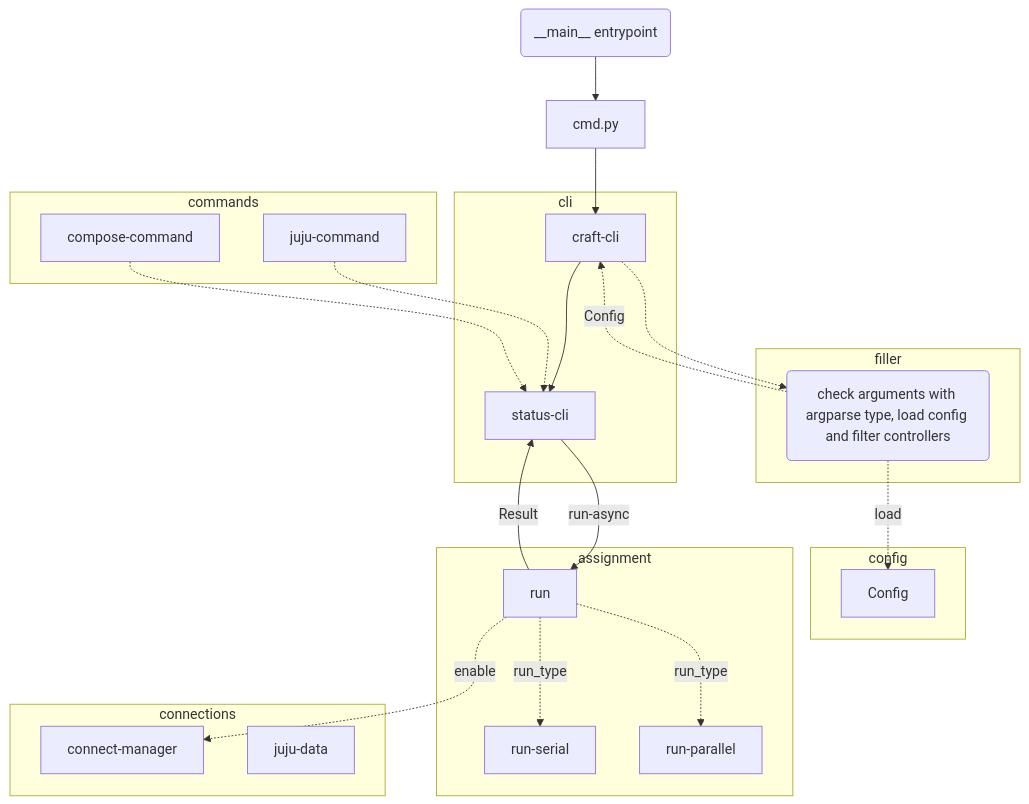
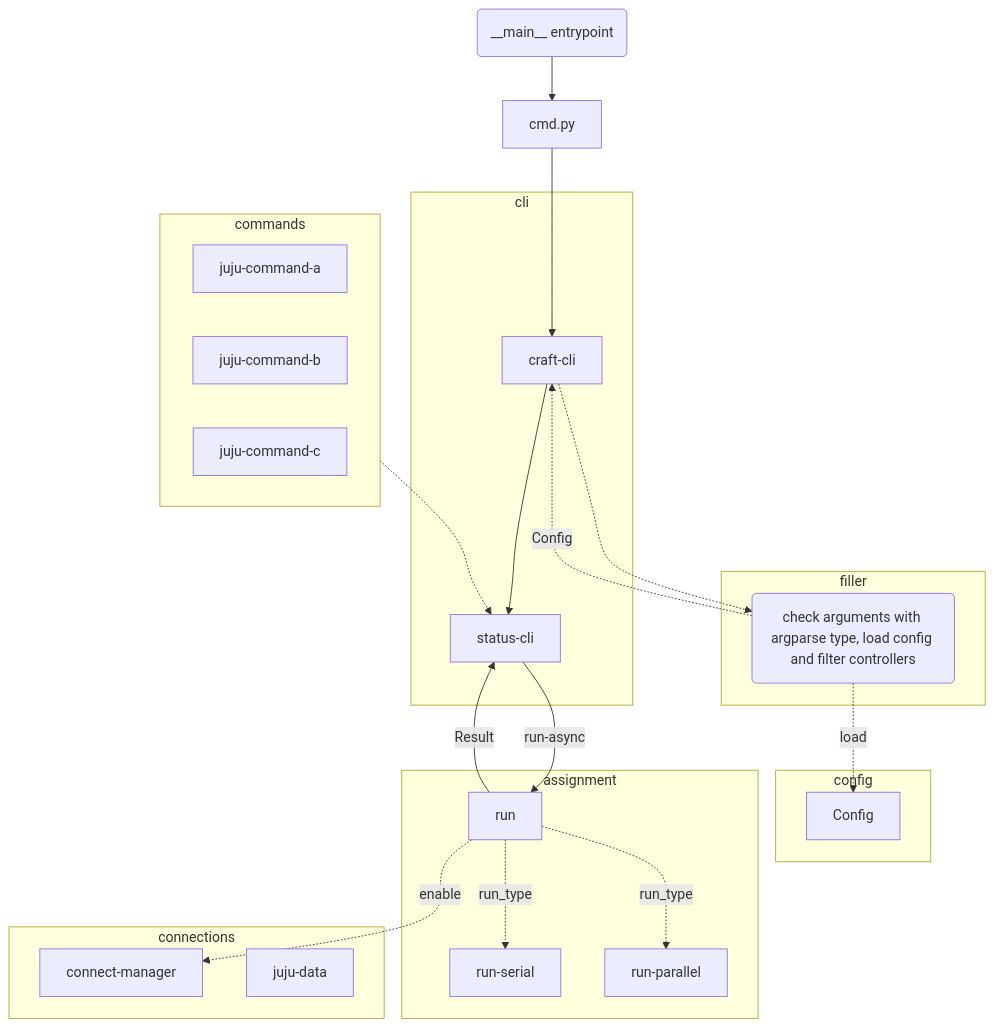
The first of 5 diagrams in docs/architecture.md (rgildein/juju-spell), drawn with Mermaid before and after one commit. The commit also changed other lines of this file, not shown here.

First line of the commit message:
docs(docs/architecture.md): Update architecture document

````diff
--- a/docs/architecture.md
+++ b/docs/architecture.md
@@ -12,52 +12,52 @@
 ```mermaid
 flowchart TD
 
 main(__main__ entrypoint)
 check-arguments(check arguments with argparse type, load config and filter controllers)
 
 subgraph cli
 craft-cli
 status-cli
 end
 
 subgraph filler
 check-arguments
 end
 
 subgraph config
 Config
 end
 
 subgraph assignment
 run
 run-serial
 run-parallel
 end
 
 subgraph commands
-juju-command
-compose-command
+juju-command-a
+juju-command-b
+juju-command-c
 end
 
 subgraph connections
 connect-manager
 juju-data
 end
 
 main --> cmd.py --> craft-cli
 
 craft-cli -.-> check-arguments -.load.-> Config
 
 check-arguments -.Config.-> craft-cli
 
 craft-cli --> status-cli
 
 run -.run_type.-> run-serial
 run -.run_type.-> run-parallel
 run -.enable.-> connect-manager
 
 status-cli --run-async--> run --Result--> status-cli
 
-juju-command -.-> status-cli
-compose-command -.-> status-cli
+commands -.-> status-cli
 ```
````
